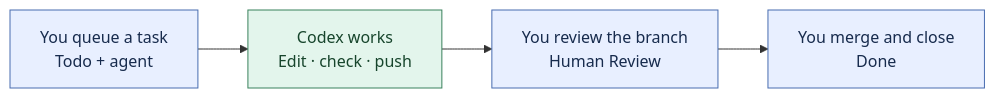
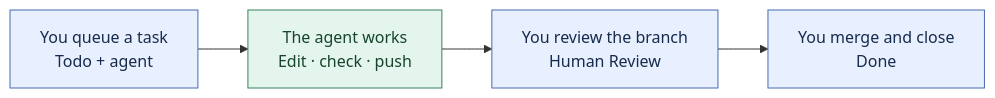
The diagram in README.md (Kthom1/switchyard), drawn with Mermaid before and after one commit. The commit also changed other lines of this file and 1 other file, not shown here.

First line of the commit message:
Describe Claude Code and other ACP agents alongside Codex in the README

````diff
--- a/README.md
+++ b/README.md
@@ -24,10 +26,10 @@
 ```mermaid
 flowchart LR
-    task["You queue a task<br/>Todo + agent"] --> work["Codex works<br/>Edit · check · push"]
+    task["You queue a task<br/>Todo + agent"] --> work["The agent works<br/>Edit · check · push"]
     work --> review["You review the branch<br/>Human Review"]
     review --> done["You merge and close<br/>Done"]
     classDef human fill:#e8efff,stroke:#486cb0,color:#172b4d
     classDef agent fill:#e3f5ec,stroke:#39815c,color:#17452c
     class task,review,done human
     class work agent
 ```
````
